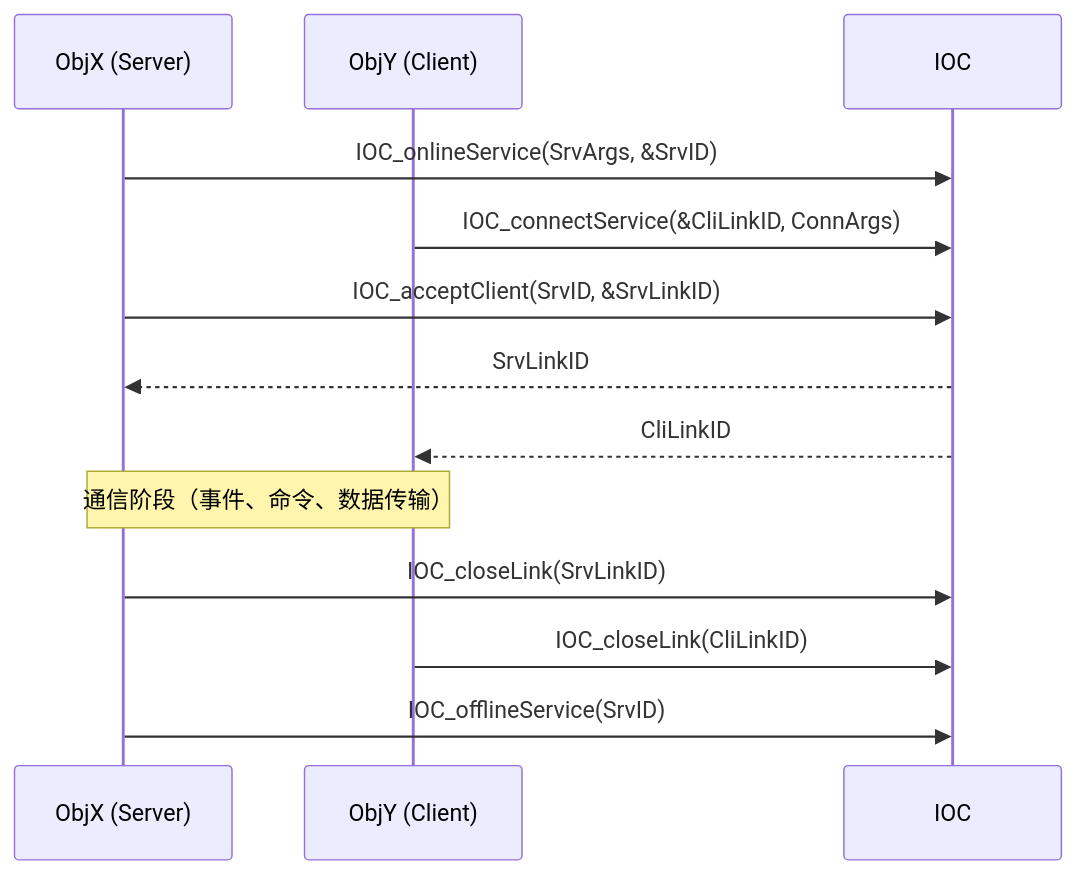
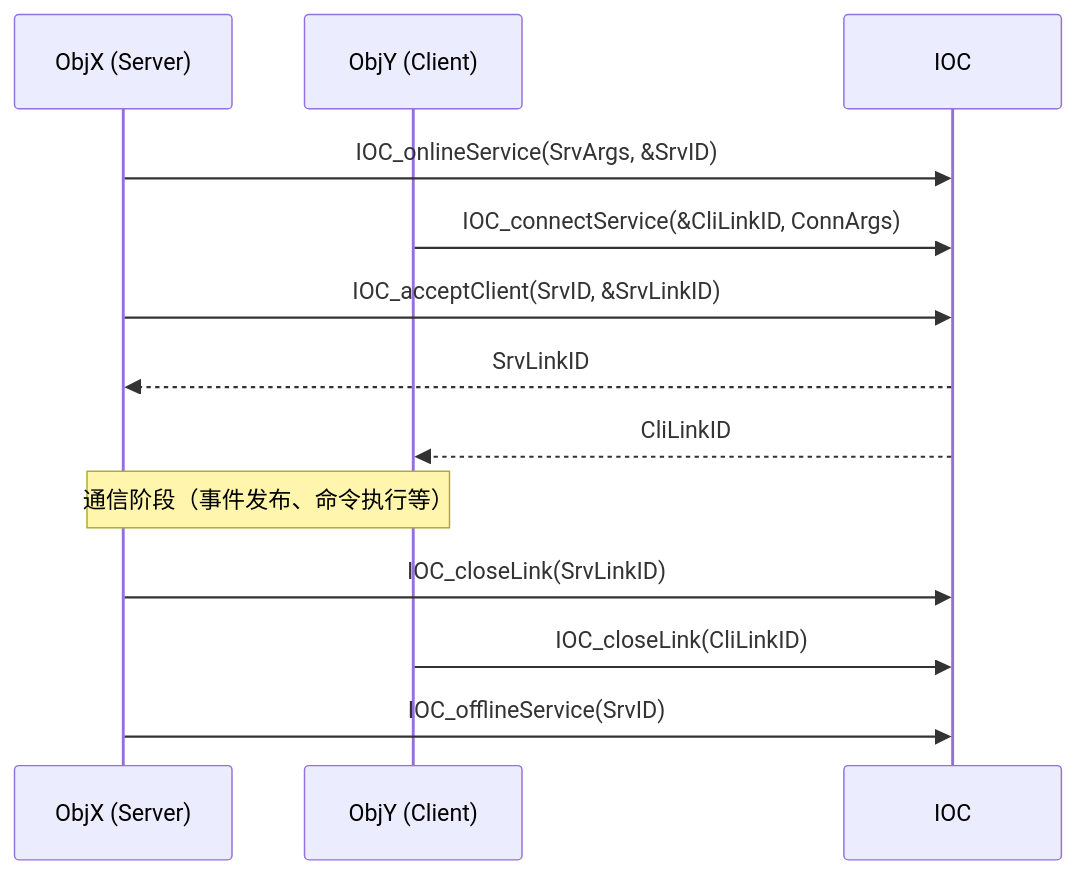
The first of 10 diagrams in README_UserGuide.md (EnigmaWU/MyIOC_inTDD_withGHC), drawn with Mermaid before and after one commit. The commit also changed other lines of this file, not shown here.

````diff
--- a/README_UserGuide.md
+++ b/README_UserGuide.md
@@ -1470,19 +1479,19 @@
 ```mermaid
 sequenceDiagram
     participant ObjX as ObjX (Server)
     participant ObjY as ObjY (Client)
     participant IOC as IOC
 
     ObjX->>IOC: IOC_onlineService(SrvArgs, &SrvID)
     ObjY->>IOC: IOC_connectService(&CliLinkID, ConnArgs)
     ObjX->>IOC: IOC_acceptClient(SrvID, &SrvLinkID)
     IOC-->>ObjX: SrvLinkID
     IOC-->>ObjY: CliLinkID
 
-    Note over ObjX,ObjY: 通信阶段（事件、命令、数据传输）
+    Note over ObjX,ObjY: 通信阶段（事件发布、命令执行等）
 
     ObjX->>IOC: IOC_closeLink(SrvLinkID)
     ObjY->>IOC: IOC_closeLink(CliLinkID)
 
     ObjX->>IOC: IOC_offlineService(SrvID)
 ```
````
